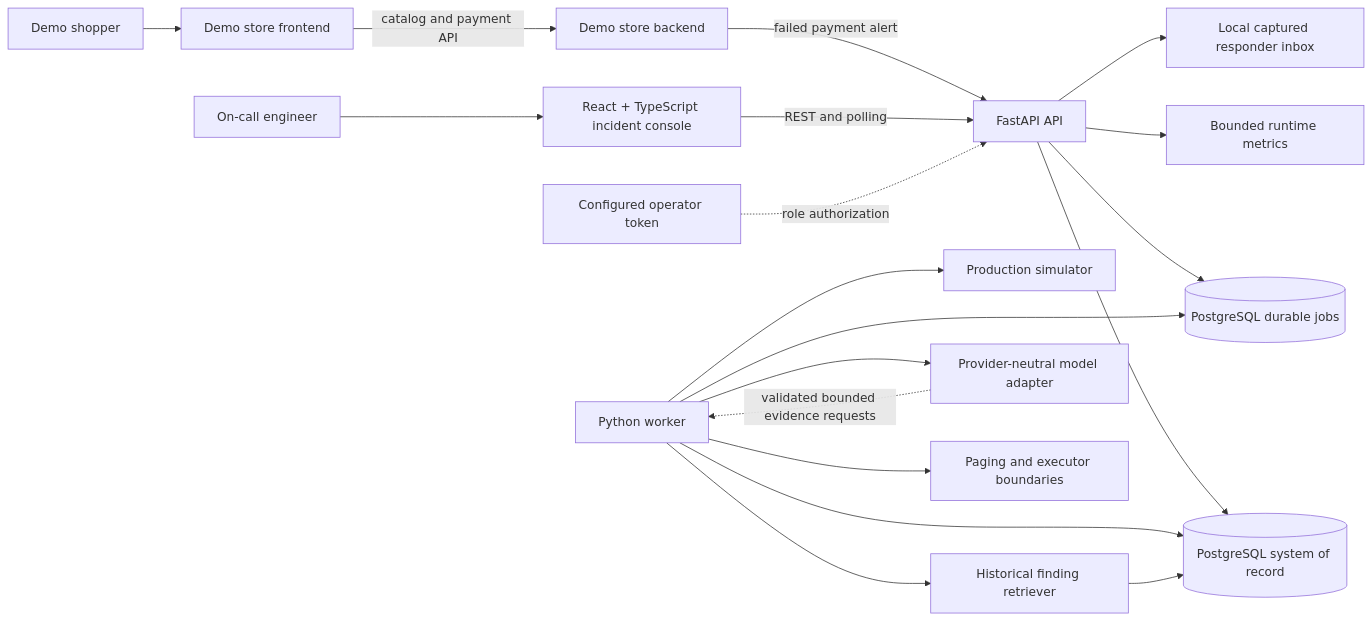
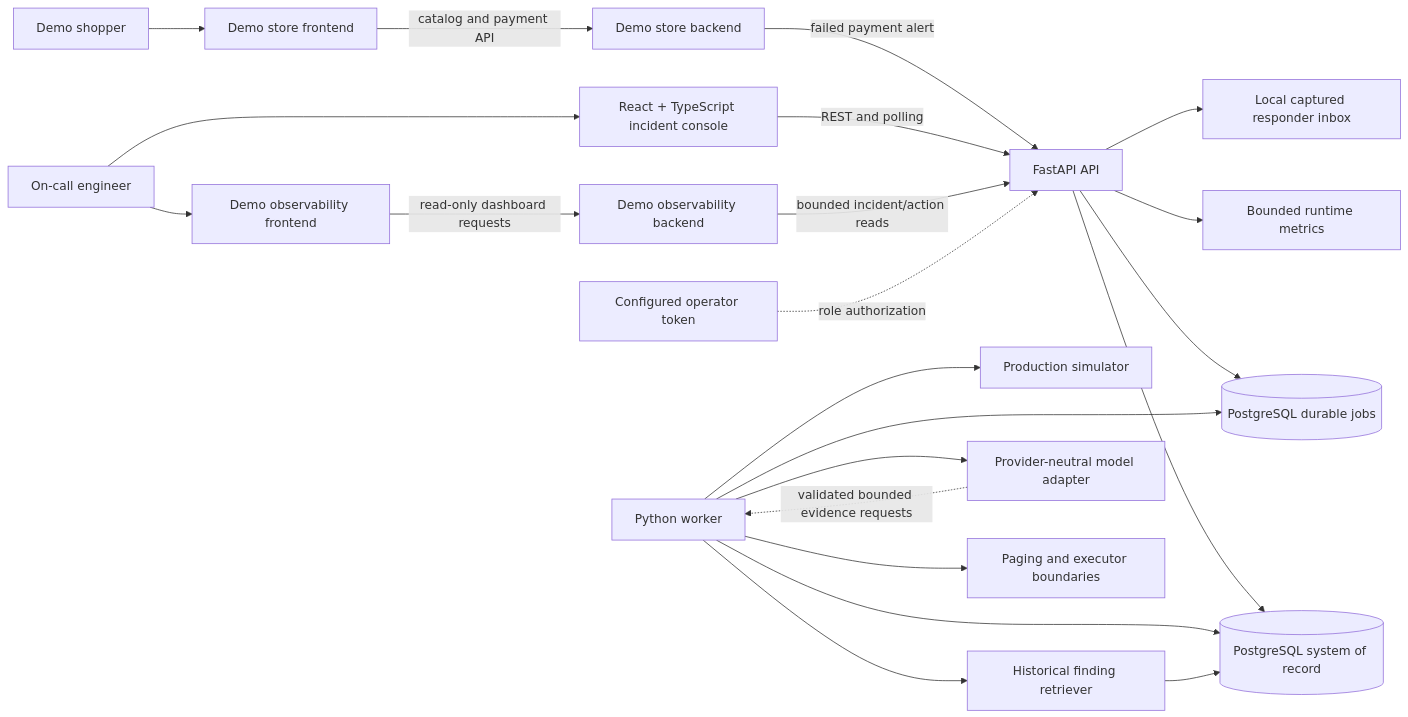
The diagram in _plan_docs/_hld_docs/00-system-architecture.md (safayavatsal/hero-vired-assignment), drawn with Mermaid before and after one commit. The commit also changed other lines of this file and 37 other files, not shown here.

Commit message:
feat: add local observability demo

````diff
--- a/_plan_docs/_hld_docs/00-system-architecture.md
+++ b/_plan_docs/_hld_docs/00-system-architecture.md
@@ -7,21 +7,24 @@
 ```mermaid
 flowchart LR
     Shopper[Demo shopper] --> Storefront[Demo store frontend]
     Storefront -->|catalog and payment API| StoreAPI[Demo store backend]
     StoreAPI -->|failed payment alert| API
     Responder[On-call engineer] --> UI[React + TypeScript incident console]
+    Responder --> MonitorUI[Demo observability frontend]
     UI -->|REST and polling| API[FastAPI API]
+    MonitorUI -->|read-only dashboard requests| MonitorAPI[Demo observability backend]
+    MonitorAPI -->|bounded incident/action reads| API
     Operator[Configured operator token] -.->|role authorization| API
     API --> Metrics[Bounded runtime metrics]
     API --> Store[(PostgreSQL system of record)]
     API --> Jobs[(PostgreSQL durable jobs)]
     Worker[Python worker] --> Jobs
     Worker --> Store
     Worker --> Simulator[Production simulator]
     Worker --> Retrieval[Historical finding retriever]
     Retrieval --> Store
     Worker --> Model[Provider-neutral model adapter]
     Model -.->|validated bounded evidence requests| Worker
     Worker --> Pager[Paging and executor boundaries]
     API --> Inbox[Local captured responder inbox]
 ```
````
